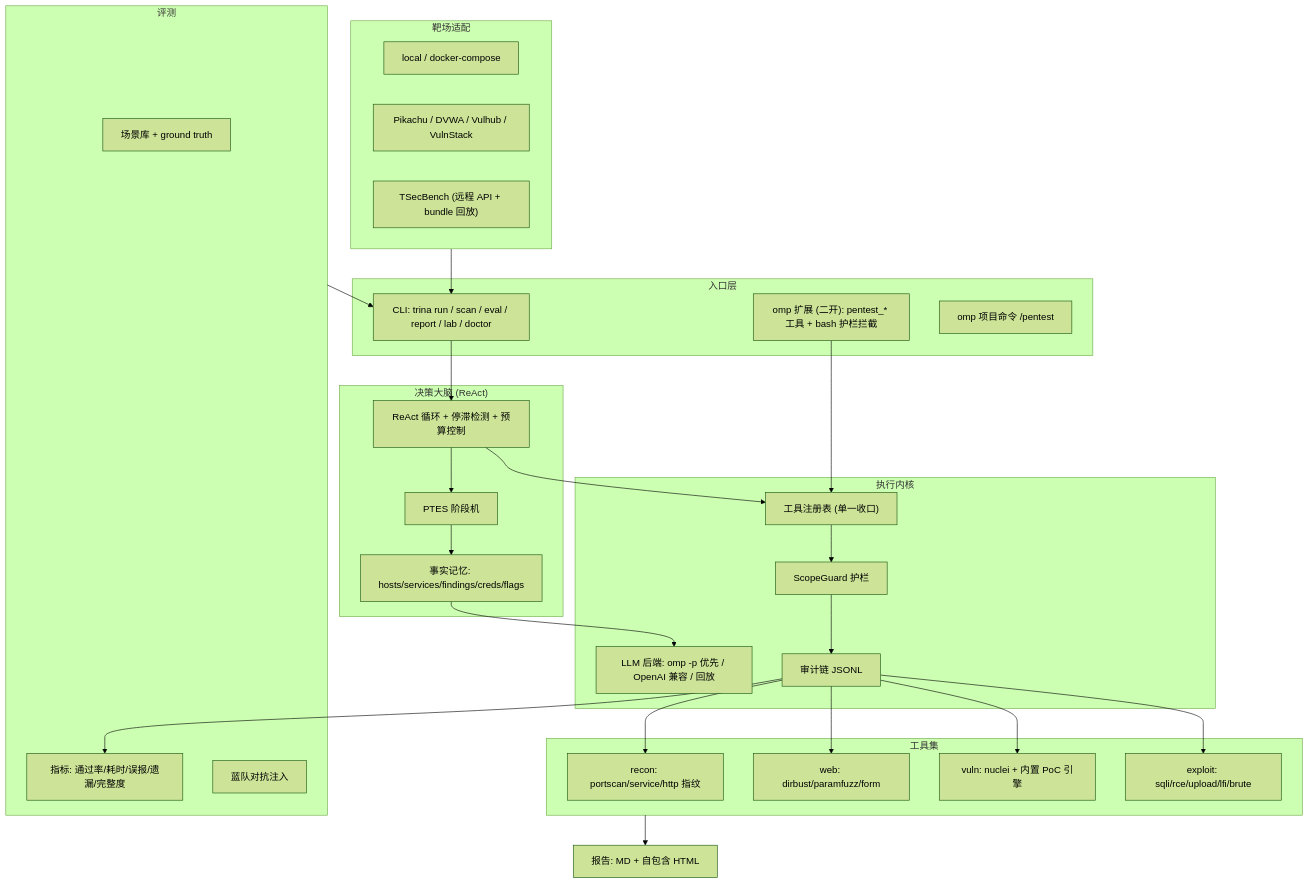
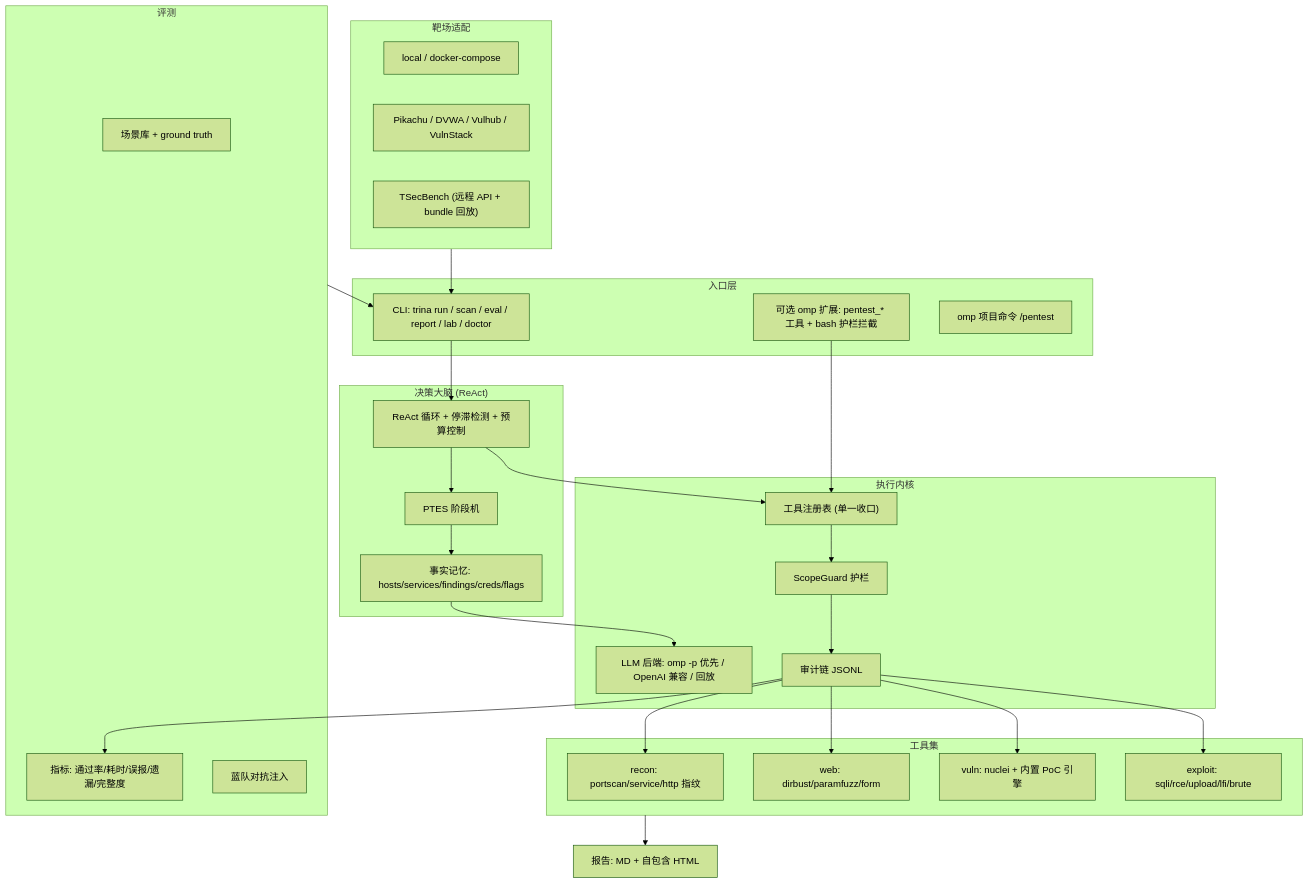
One commit to YHalo-wyh/Trina changed the diagram in docs/PLAN.md. Above: the diagram before and after it, drawn with Mermaid (forest theme). The commit also changed other lines of this file and 37 other files, not shown here.

````diff
--- a/docs/PLAN.md
+++ b/docs/PLAN.md
@@ -30,46 +30,46 @@
 ```mermaid
 flowchart TB
     subgraph UI["入口层"]
         CLI["CLI: trina run / scan / eval / report / lab / doctor"]
-        OMPEXT["omp 扩展 (二开): pentest_* 工具 + bash 护栏拦截"]
+        OMPEXT["可选 omp 扩展: pentest_* 工具 + bash 护栏拦截"]
         OMPCMD["omp 项目命令 /pentest"]
     end
     subgraph BRAIN["决策大脑 (ReAct)"]
         REACT["ReAct 循环 + 停滞检测 + 预算控制"]
         PHASE["PTES 阶段机"]
         MEM["事实记忆: hosts/services/findings/creds/flags"]
     end
     subgraph CORE["执行内核"]
         LLM["LLM 后端: omp -p 优先 / OpenAI 兼容 / 回放"]
         REG["工具注册表 (单一收口)"]
         GUARD["ScopeGuard 护栏"]
         AUDIT["审计链 JSONL"]
     end
     subgraph TOOLS["工具集"]
         T1["recon: portscan/service/http 指纹"]
         T2["web: dirbust/paramfuzz/form"]
         T3["vuln: nuclei + 内置 PoC 引擎"]
         T4["exploit: sqli/rce/upload/lfi/brute"]
     end
     subgraph ADAPT["靶场适配"]
         A1["local / docker-compose"]
         A2["Pikachu / DVWA / Vulhub / VulnStack"]
         A3["TSecBench (远程 API + bundle 回放)"]
     end
     subgraph EVAL["评测"]
         E1["场景库 + ground truth"]
         E2["指标: 通过率/耗时/误报/遗漏/完整度"]
         E3["蓝队对抗注入"]
     end
     OUT["报告: MD + 自包含 HTML"]
 
     CLI --> REACT
     OMPEXT --> REG
     REACT --> PHASE --> MEM --> LLM
     REACT --> REG
     REG --> GUARD --> AUDIT --> T1 & T2 & T3 & T4
     ADAPT --> CLI
     TOOLS --> OUT
     AUDIT --> E2
     EVAL --> CLI
 ```
````
